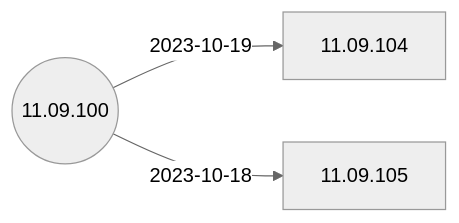
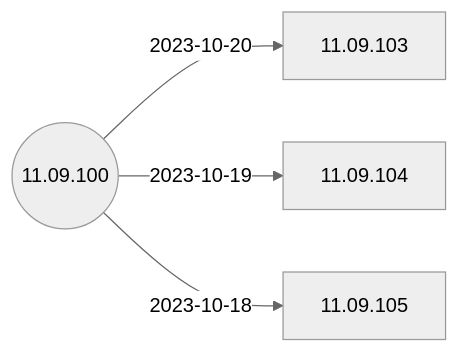
Before and after one commit to IGEL-Community/IGEL-Docs-v02: the second of 5 diagrams in docs/Docs/ReleaseNotes/01-OS11/README.md, drawn with Mermaid (neutral theme). The commit also changed 2 other files, not shown here.

Commit message:
11.09.103 < 11.09.100

````diff
--- a/docs/Docs/ReleaseNotes/01-OS11/README.md
+++ b/docs/Docs/ReleaseNotes/01-OS11/README.md
@@ -41,9 +41,11 @@
 ```mermaid
 flowchart LR
+    11.09.100-- 2023-10-20 -->11.09.103
     11.09.100-- 2023-10-19 -->11.09.104
     11.09.100-- 2023-10-18 -->11.09.105
     11.09.100((11.09.100))
+    click 11.09.103 "https://github.com/IGEL-Community/IGEL-Docs-v02/tree/main/docs/Docs/ReleaseNotes/01-OS11/readme11.09.103.txt" _blank
     click 11.09.104 "https://github.com/IGEL-Community/IGEL-Docs-v02/tree/main/docs/Docs/ReleaseNotes/01-OS11/readme11.09.104.txt" _blank
     click 11.09.105 "https://github.com/IGEL-Community/IGEL-Docs-v02/tree/main/docs/Docs/ReleaseNotes/01-OS11/readme11.09.105.txt" _blank
     click 11.09.100 "https://github.com/IGEL-Community/IGEL-Docs-v02/tree/main/docs/Docs/ReleaseNotes/01-OS11/readme11.09.100.txt" _blank
 ```
````
